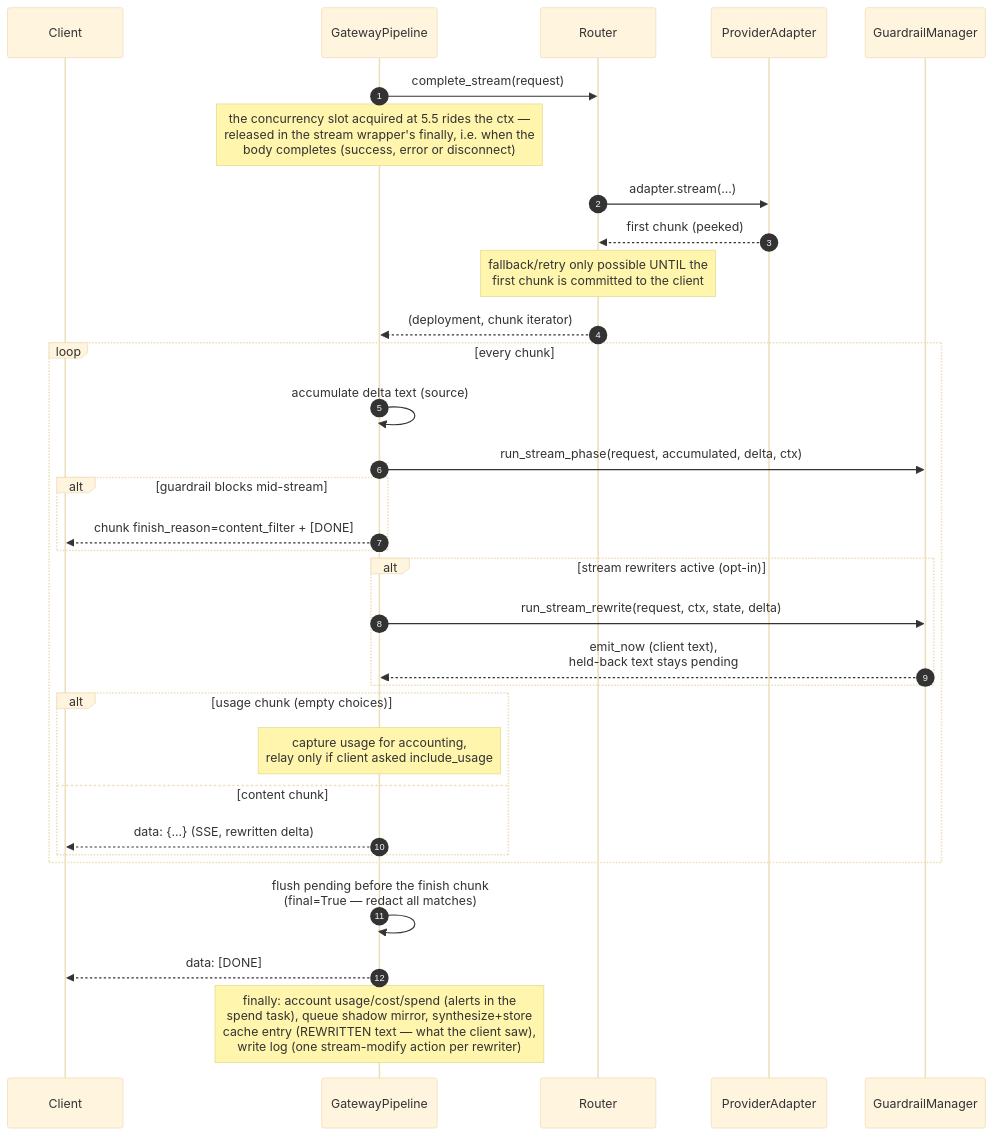
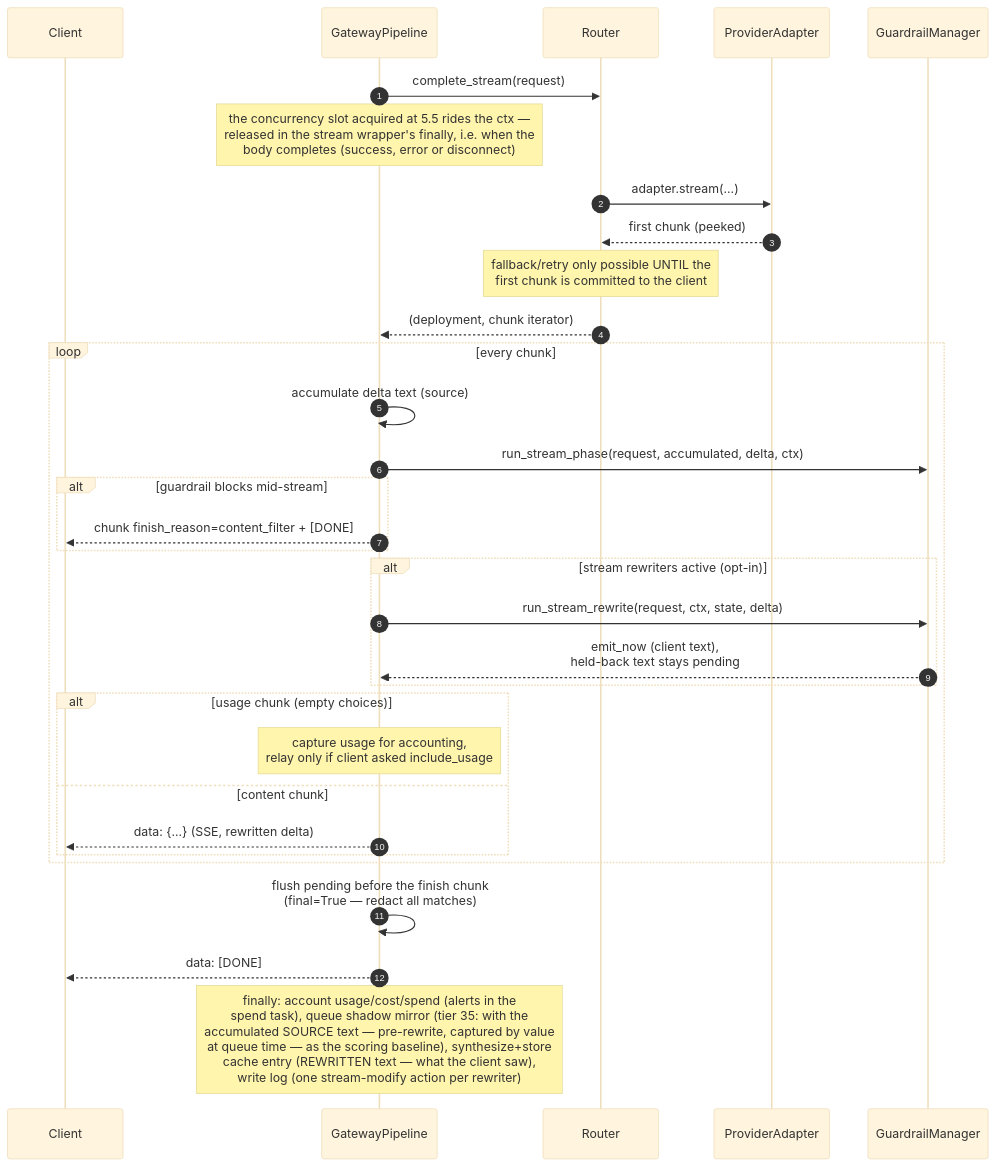
One commit to hinadome/llm_gateway changed the sixth of 9 diagrams in ARCHITECTURE.md. Above: the diagram before and after it, drawn with Mermaid (base theme). The commit also changed other lines of this file and 12 other files, not shown here.

````diff
--- a/ARCHITECTURE.md
+++ b/ARCHITECTURE.md
@@ -1508,36 +1566,36 @@
 ```mermaid
 sequenceDiagram
     autonumber
     participant C as Client
     participant P as GatewayPipeline
     participant R as Router
     participant PR as ProviderAdapter
     participant G as GuardrailManager
 
     P->>R: complete_stream(request)
     Note over P: the concurrency slot acquired at 5.5 rides the ctx —<br/>released in the stream wrapper's finally, i.e. when the<br/>body completes (success, error or disconnect)
     R->>PR: adapter.stream(...)
     PR-->>R: first chunk (peeked)
     Note over R: fallback/retry only possible UNTIL the<br/>first chunk is committed to the client
     R-->>P: (deployment, chunk iterator)
 
     loop every chunk
         P->>P: accumulate delta text (source)
         P->>G: run_stream_phase(request, accumulated, delta, ctx)
         alt guardrail blocks mid-stream
             P-->>C: chunk finish_reason=content_filter + [DONE]
         end
         alt stream rewriters active (opt-in)
             P->>G: run_stream_rewrite(request, ctx, state, delta)
             G-->>P: emit_now (client text),<br/>held-back text stays pending
         end
         alt usage chunk (empty choices)
             Note over P: capture usage for accounting,<br/>relay only if client asked include_usage
         else content chunk
             P-->>C: data: {...}  (SSE, rewritten delta)
         end
     end
     P->>P: flush pending before the finish chunk<br/>(final=True — redact all matches)
     P-->>C: data: [DONE]
-    Note over P: finally: account usage/cost/spend (alerts in the<br/>spend task), queue shadow mirror, synthesize+store<br/>cache entry (REWRITTEN text — what the client saw),<br/>write log (one stream-modify action per rewriter)
+    Note over P: finally: account usage/cost/spend (alerts in the<br/>spend task), queue shadow mirror (tier 35: with the<br/>accumulated SOURCE text — pre-rewrite, captured by value<br/>at queue time — as the scoring baseline), synthesize+store<br/>cache entry (REWRITTEN text — what the client saw),<br/>write log (one stream-modify action per rewriter)
 ```
````
